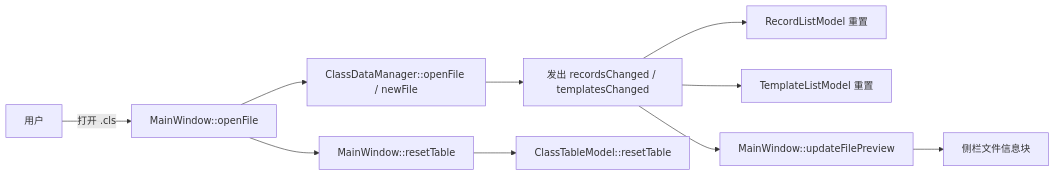
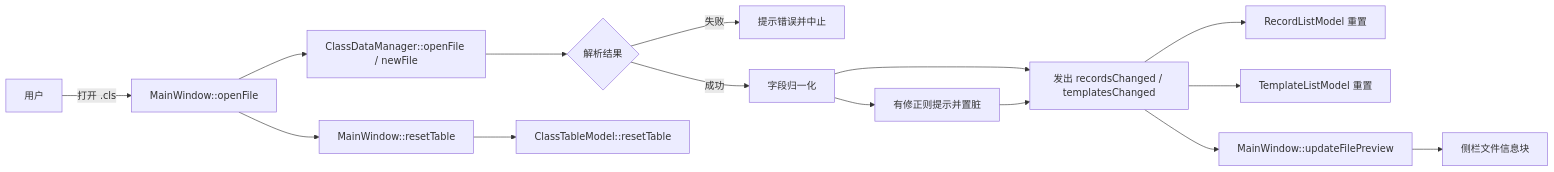
One commit to fz1251/ClassScoreManager changed the second of 9 diagrams in docs/structure.md. Above: the diagram before and after it, drawn with Mermaid. The commit also changed 10 other files, not shown here.

````diff
--- a/docs/structure.md
+++ b/docs/structure.md
@@ -131,12 +131,17 @@
 ```mermaid
 flowchart LR
     User[用户] -->|打开 .cls| Open[MainWindow::openFile]
     Open --> Parse[ClassDataManager::openFile / newFile]
-    Parse --> Emit[发出 recordsChanged / templatesChanged]
+    Parse --> Result{解析结果}
+    Result -->|失败| Fail[提示错误并中止]
+    Result -->|成功| Repair[字段归一化]
+    Repair --> Warn[有修正则提示并置脏]
+    Repair --> Emit[发出 recordsChanged / templatesChanged]
+    Warn --> Emit
     Emit --> RecordModel[RecordListModel 重置]
     Emit --> TemplateModel[TemplateListModel 重置]
     Emit --> Preview[MainWindow::updateFilePreview]
     Preview --> Sidebar[侧栏文件信息块]
     Open --> Reset[MainWindow::resetTable]
     Reset --> TableModel[ClassTableModel::resetTable]
 ```
````
